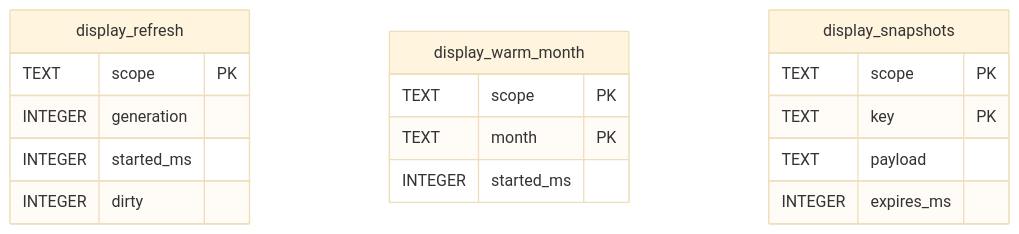
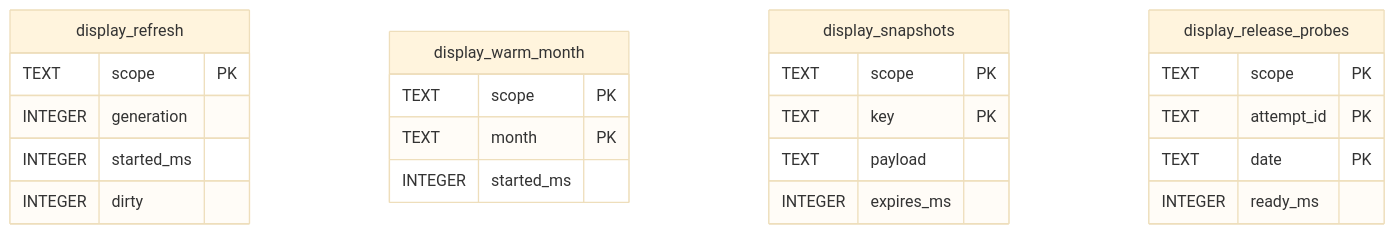
Before and after one commit to soccerbotstudiosg/soccerbotstudioSG: the eighth of 8 diagrams in docs/architecture/database-schema.md, drawn with Mermaid (base theme). The commit also changed other lines of this file and 63 other files, not shown here.

````diff
--- a/docs/architecture/database-schema.md
+++ b/docs/architecture/database-schema.md
@@ -271,20 +282,26 @@
 ```mermaid
 erDiagram
   display_refresh {
     TEXT scope PK
     INTEGER generation
     INTEGER started_ms
     INTEGER dirty
   }
   display_warm_month {
     TEXT scope PK
     TEXT month PK
     INTEGER started_ms
   }
   display_snapshots {
     TEXT scope PK
     TEXT key PK
     TEXT payload
     INTEGER expires_ms
   }
+  display_release_probes {
+    TEXT scope PK
+    TEXT attempt_id PK
+    TEXT date PK
+    INTEGER ready_ms
+  }
 ```
````
